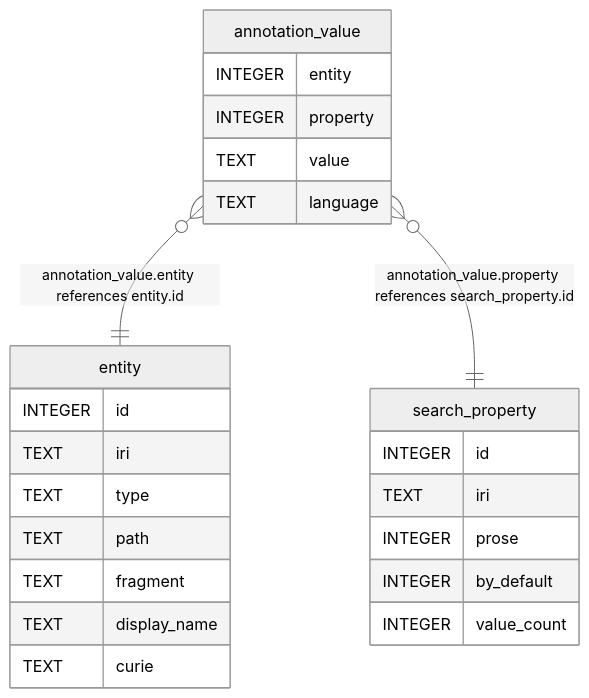
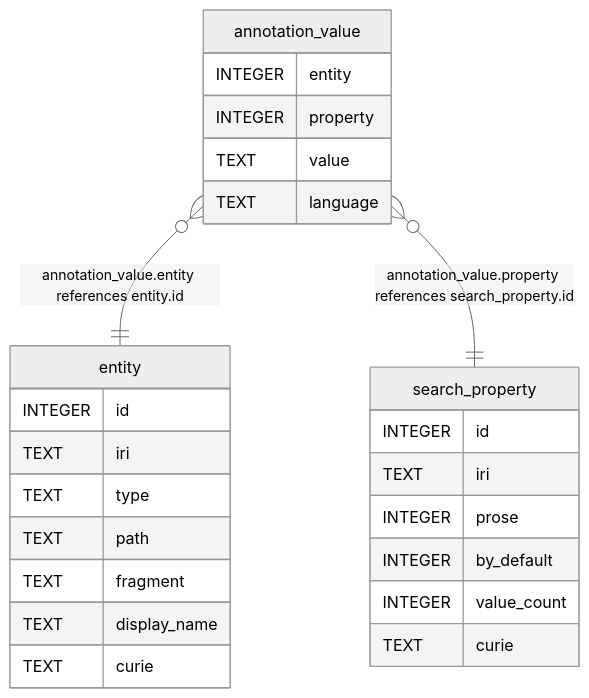
The diagram in docs/schema/derived/annotation_value.md (jclerman/browl), drawn with Mermaid (neutral theme) before and after one commit. The commit also changed 18 other files, not shown here.

````diff
--- a/docs/schema/derived/annotation_value.md
+++ b/docs/schema/derived/annotation_value.md
@@ -38,29 +38,30 @@
 ```mermaid
 erDiagram
 
 "annotation_value" }o--|| "entity" : "annotation_value.entity references entity.id"
 "annotation_value" }o--|| "search_property" : "annotation_value.property references search_property.id"
 
 "annotation_value" {
   INTEGER entity
   INTEGER property
   TEXT value
   TEXT language
 }
 "entity" {
   INTEGER id
   TEXT iri
   TEXT type
   TEXT path
   TEXT fragment
   TEXT display_name
   TEXT curie
 }
 "search_property" {
   INTEGER id
   TEXT iri
   INTEGER prose
   INTEGER by_default
   INTEGER value_count
+  TEXT curie
 }
 ```
````
